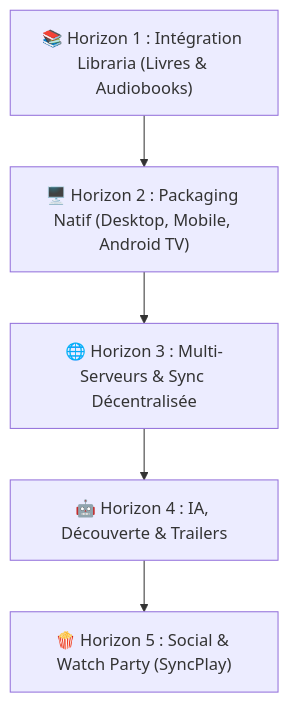
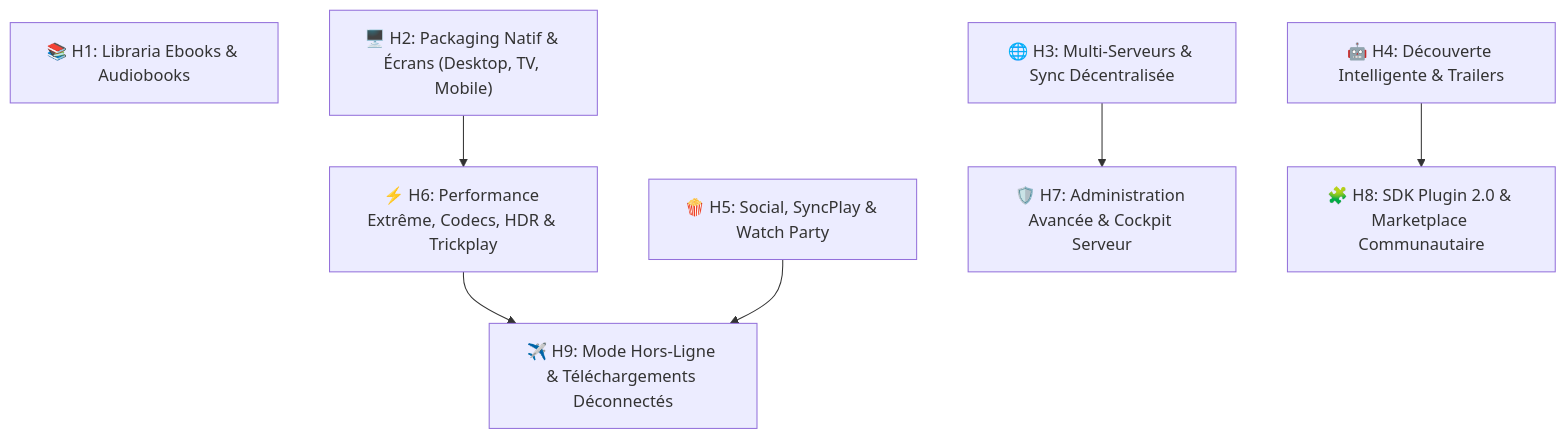
One commit to nicoo-o/SpaceHub changed the diagram in docs/ROADMAP_FUTUR_v8.md. Above: the diagram before and after it, drawn with Mermaid. The commit also changed other lines of this file, not shown here.

Commit message:
docs: expand roadmap with performance, HDR/Dolby Vision, Trickplay, Admin cockpit, Plugin SDK 2.0, offline mode

````diff
--- a/docs/ROADMAP_FUTUR_v8.md
+++ b/docs/ROADMAP_FUTUR_v8.md
@@ -15,7 +18,18 @@
 ```mermaid
 graph TD
-    H1["📚 Horizon 1 : Intégration Libraria (Livres & Audiobooks)"] --> H2["🖥️ Horizon 2 : Packaging Natif (Desktop, Mobile, Android TV)"]
-    H2 --> H3["🌐 Horizon 3 : Multi-Serveurs & Sync Décentralisée"]
-    H3 --> H4["🤖 Horizon 4 : IA, Découverte & Trailers"]
-    H4 --> H5["🍿 Horizon 5 : Social & Watch Party (SyncPlay)"]
+    H1["📚 H1: Libraria Ebooks & Audiobooks"]
+    H2["🖥️ H2: Packaging Natif & Écrans (Desktop, TV, Mobile)"]
+    H3["🌐 H3: Multi-Serveurs & Sync Décentralisée"]
+    H4["🤖 H4: Découverte Intelligente & Trailers"]
+    H5["🍿 H5: Social, SyncPlay & Watch Party"]
+    H6["⚡ H6: Performance Extrême, Codecs, HDR & Trickplay"]
+    H7["🛡️ H7: Administration Avancée & Cockpit Serveur"]
+    H8["🧩 H8: SDK Plugin 2.0 & Marketplace Communautaire"]
+    H9["✈️ H9: Mode Hors-Ligne & Téléchargements Déconnectés"]
+
+    H2 --> H6
+    H3 --> H7
+    H4 --> H8
+    H6 --> H9
+    H5 --> H9
 ```
````
